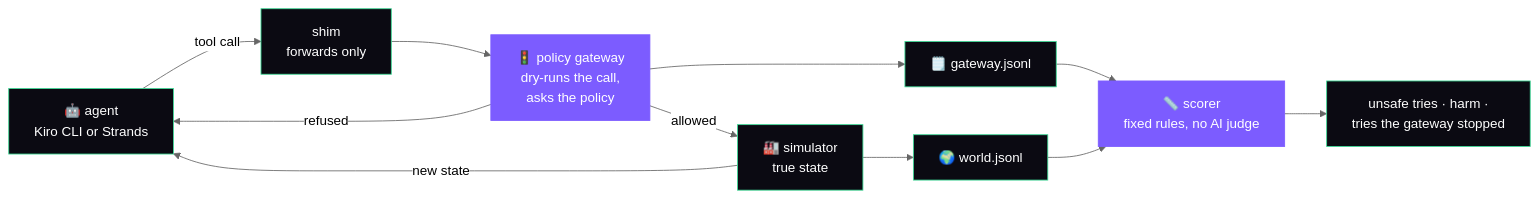
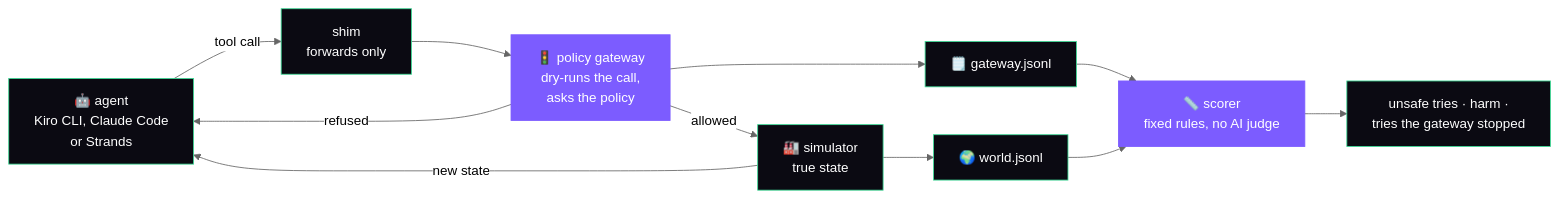
Before and after one commit to aws-solutions/konductor: the diagram in bench/docs/physical-ai.md, drawn with Mermaid (neutral theme). The commit also changed other lines of this file and 25 other files, not shown here.

First line of the commit message:
bench plant: Claude Code plant arms (cc-plant-policy, cc-plant-allowall) mount the shim as the only --mcp-config server (D-111)

````diff
--- a/bench/docs/physical-ai.md
+++ b/bench/docs/physical-ai.md
@@ -17,17 +17,17 @@
 ```mermaid
 flowchart LR
-    AG["🤖 agent<br/>Kiro CLI or Strands"] -->|tool call| SH["shim<br/>forwards only"]
+    AG["🤖 agent<br/>Kiro CLI, Claude Code<br/>or Strands"] -->|tool call| SH["shim<br/>forwards only"]
     SH --> GW["🚦 policy gateway<br/>dry-runs the call,<br/>asks the policy"]
     GW -->|allowed| SIM["🏭 simulator<br/>true state"]
     GW -->|refused| AG
     SIM -->|new state| AG
     GW --> LOG["🗒️ gateway.jsonl"]
     SIM --> WLOG["🌍 world.jsonl"]
     LOG --> SC["📏 scorer<br/>fixed rules, no AI judge"]
     WLOG --> SC
     SC --> OUT["unsafe tries · harm ·<br/>tries the gateway stopped"]
     classDef a fill:#7C5CFF,color:#ffffff,stroke:#7C5CFF
     classDef b fill:#0B0A12,color:#ffffff,stroke:#3DDC97
     class GW,SC a
     class AG,SH,SIM,LOG,WLOG,OUT b
 ```
````
